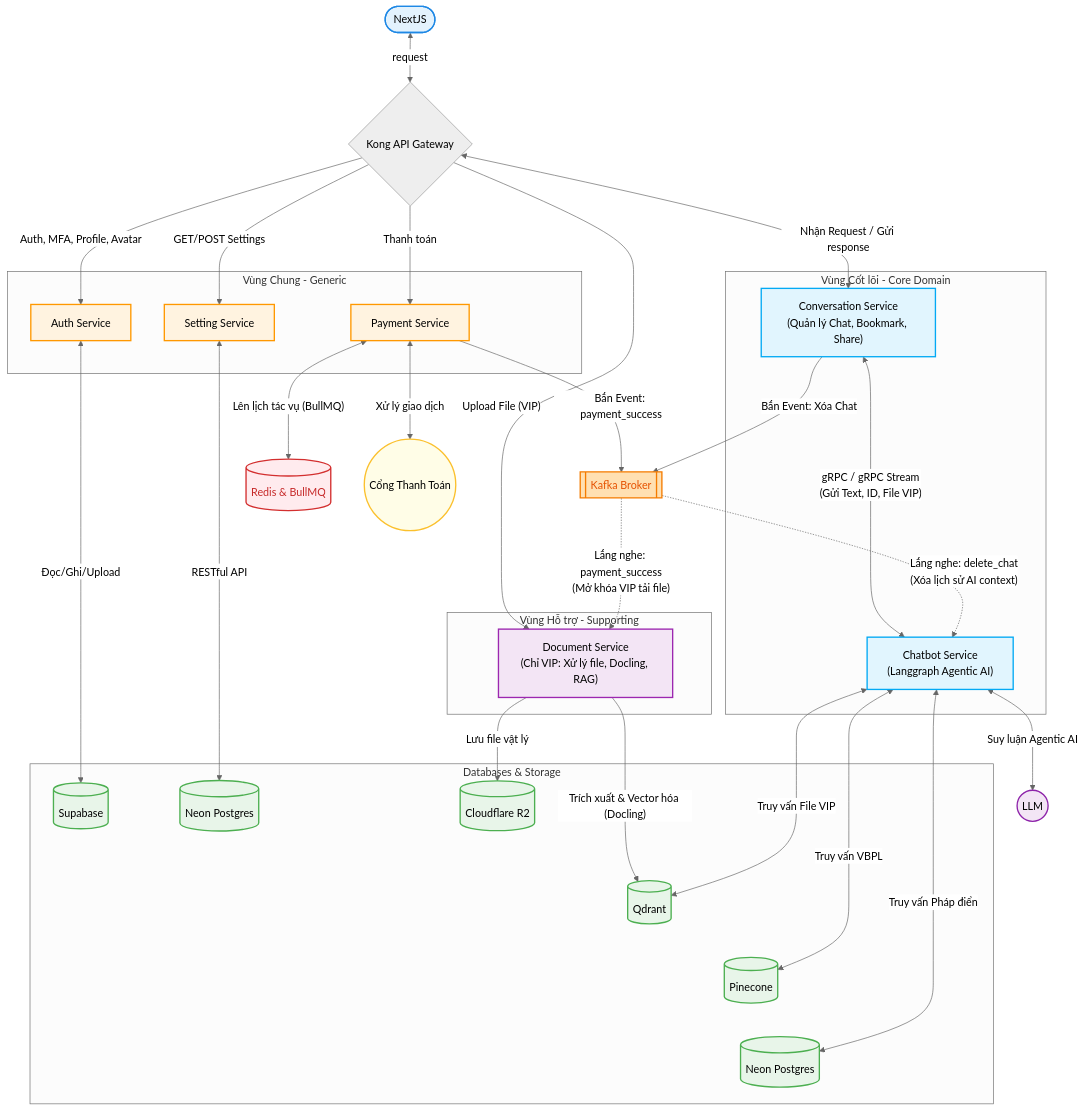
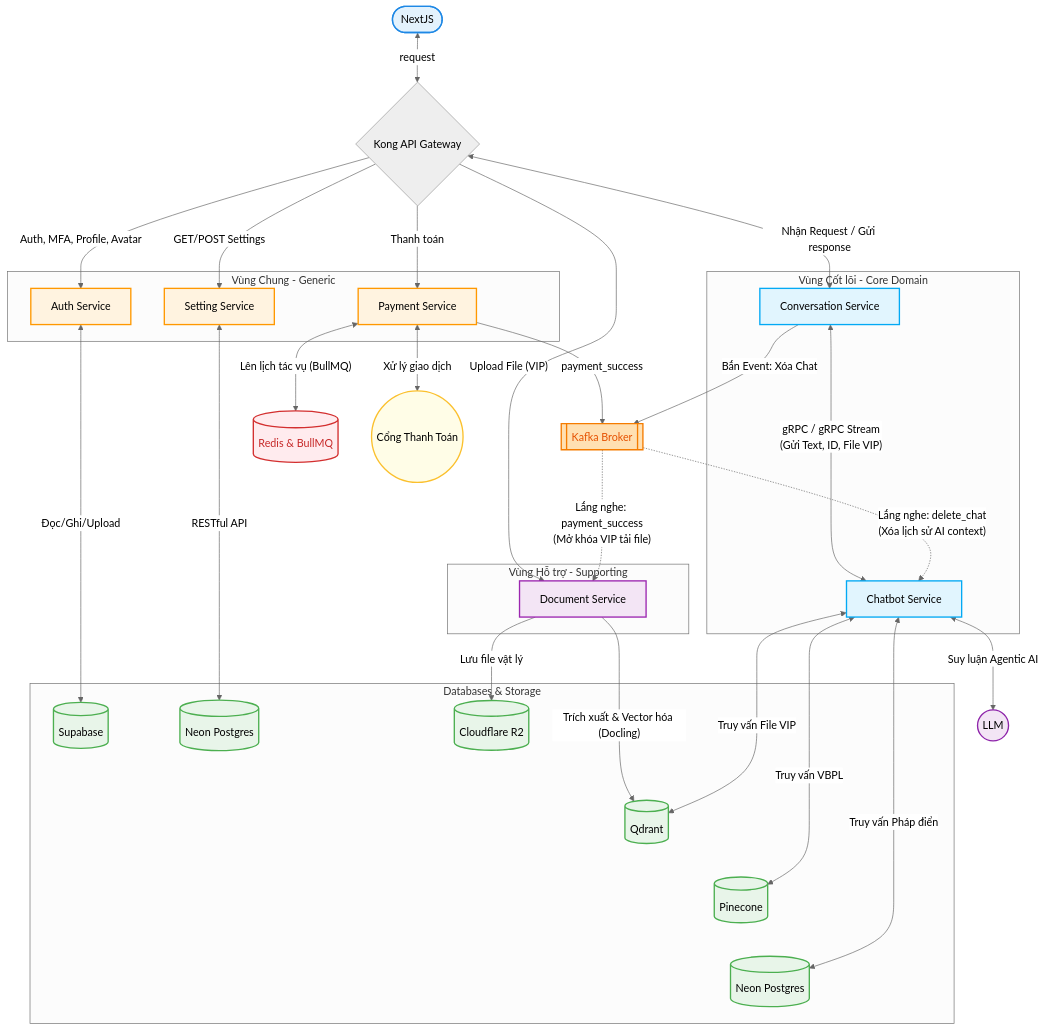
The diagram in docs/2. Công nghệ sử dụng/3.3. Chi tiết về các dịch vụ/0.mmd (20206205Tech/docs-markdown), drawn with Mermaid (neutral theme) before and after one commit. The commit also changed 3 other files, not shown here.

```diff
--- a/docs/2. Công nghệ sử dụng/3.3. Chi tiết về các dịch vụ/0.mmd
+++ b/docs/2. Công nghệ sử dụng/3.3. Chi tiết về các dịch vụ/0.mmd
@@ -1,93 +1,92 @@
 flowchart TD
     Client(["NextJS"])
     Gateway{"Kong API Gateway"}
     Client <-->|"request"| Gateway
 
     %% Nhóm Database & Storage
     subgraph Databases [Databases & Storage]
         SupabaseDB[("Supabase")]
         NeonDB_Setting[("Neon Postgres")]
         Pinecone[("Pinecone")]
         Qdrant[("Qdrant")]
         NeonDB_Phapdien[("Neon Postgres")]
         R2[("Cloudflare R2")]
 
         %% Dùng liên kết vô hình để ép thứ tự từ trái sang phải
         R2 ~~~ Qdrant ~~~ Pinecone ~~~ NeonDB_Phapdien
     end
 
     %% Nhóm Message Broker & Cache
         Kafka[["Kafka Broker"]]
         Redis[("Redis & BullMQ")]
 
     %% Nhóm Core Services (Vùng Cốt lõi)
     subgraph CoreDomain [Vùng Cốt lõi - Core Domain]
-        ConvService["Conversation Service\n(Quản lý Chat, Bookmark, Share)"]
-        ChatbotService["Chatbot Service\n(Langgraph Agentic AI)"]
+        ConvService["Conversation Service"]
+        ChatbotService["Chatbot Service"]
     end
 
-    %% Nhóm Supporting Services (Vùng Hỗ trợ)
     subgraph SupportDomain [Vùng Hỗ trợ - Supporting]
-        DocService["Document Service\n(Chỉ VIP: Xử lý file, Docling, RAG)"]
+        DocService["Document Service"]
     end
 
     %% Nhóm Generic Services (Vùng Chung)
     subgraph GenericDomain [Vùng Chung - Generic]
         AuthService["Auth Service"]
         SettingService["Setting Service"]
         PaymentSvc["Payment Service"]
     end
 
     %% External Systems
     LLM(("LLM"))
     Payment(("Cổng Thanh Toán"))
 
     Gateway -->|"Auth, MFA, Profile, Avatar"| AuthService
     Gateway -->|"GET/POST Settings"| SettingService
     Gateway -->|"Thanh toán"| PaymentSvc
     Gateway -->|"Upload File (VIP)"| DocService
     Gateway <-->|"Nhận Request / Gửi response"| ConvService
 
     %% Service to Database/Storage
     AuthService <-->|"Đọc/Ghi/Upload"| SupabaseDB
     SettingService <-->|"RESTful API"| NeonDB_Setting
 
     %% Payment Luồng
     PaymentSvc <-->|"Xử lý giao dịch"| Payment
-    PaymentSvc -->|"Bắn Event: payment_success"| Kafka
+    PaymentSvc -->|"payment_success"| Kafka
     PaymentSvc <-->|"Lên lịch tác vụ (BullMQ)"| Redis
 
     %% Document Processing Luồng
     DocService -->|"Lưu file vật lý"| R2
     DocService -->|"Trích xuất & Vector hóa (Docling)"| Qdrant
 
     %% Conversation & Chatbot Luồng (Quan trọng)
     ConvService <-->|"gRPC / gRPC Stream\n(Gửi Text, ID, File VIP)"| ChatbotService
     ConvService -->|"Bắn Event: Xóa Chat"| Kafka
 
     ChatbotService <-->|"Truy vấn VBPL"| Pinecone
     ChatbotService <-->|"Truy vấn Pháp điển"| NeonDB_Phapdien
     ChatbotService <-->|"Truy vấn File VIP"| Qdrant
     ChatbotService <-->|"Suy luận Agentic AI"| LLM
 
     %% --- LUỒNG CONSUMER NHẬN EVENT TỪ KAFKA ---
     Kafka -.->|"Lắng nghe: payment_success\n(Mở khóa VIP tải file)"| DocService
     Kafka -.->|"Lắng nghe: delete_chat\n(Xóa lịch sử AI context)"| ChatbotService
 
     %% Style Định dạng màu sắc chung
     classDef core fill:#e1f5fe,stroke:#03a9f4,stroke-width:2px,color:#000
     classDef support fill:#f3e5f5,stroke:#9c27b0,stroke-width:2px,color:#000
     classDef generic fill:#fff3e0,stroke:#ff9800,stroke-width:2px,color:#000
     classDef db fill:#e8f5e9,stroke:#4caf50,stroke-width:2px,color:#000
 
     class ConvService,ChatbotService core
     class DocService support
     class AuthService,SettingService,PaymentSvc generic
     class SupabaseDB,NeonDB_Setting,NeonDB_Phapdien,Pinecone,Qdrant,R2 db
 
     %% --- TÔ MÀU ĐỘC LẬP THEO YÊU CẦU ---
     style Redis fill:#ffebee,stroke:#d32f2f,stroke-width:2px,color:#c62828
     style Kafka fill:#ffe0b2,stroke:#f57c00,stroke-width:2px,color:#e65100
     style Payment fill:#fffde7,stroke:#fbc02d,stroke-width:2px,color:#000
     style Client fill:#e3f2fd,stroke:#1e88e5,stroke-width:2px,color:#000
     style LLM fill:#f3e5f5,stroke:#8e24aa,stroke-width:2px,color:#000
```
